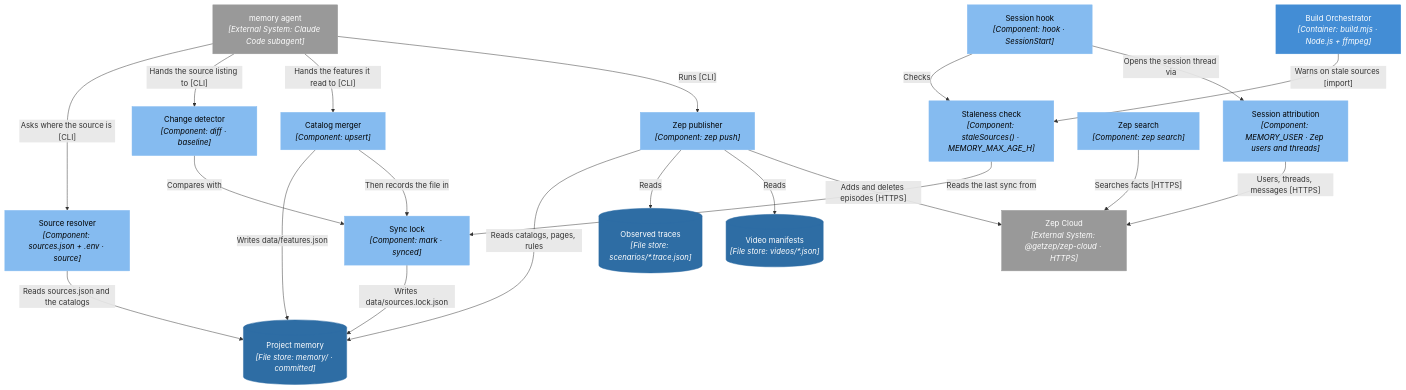
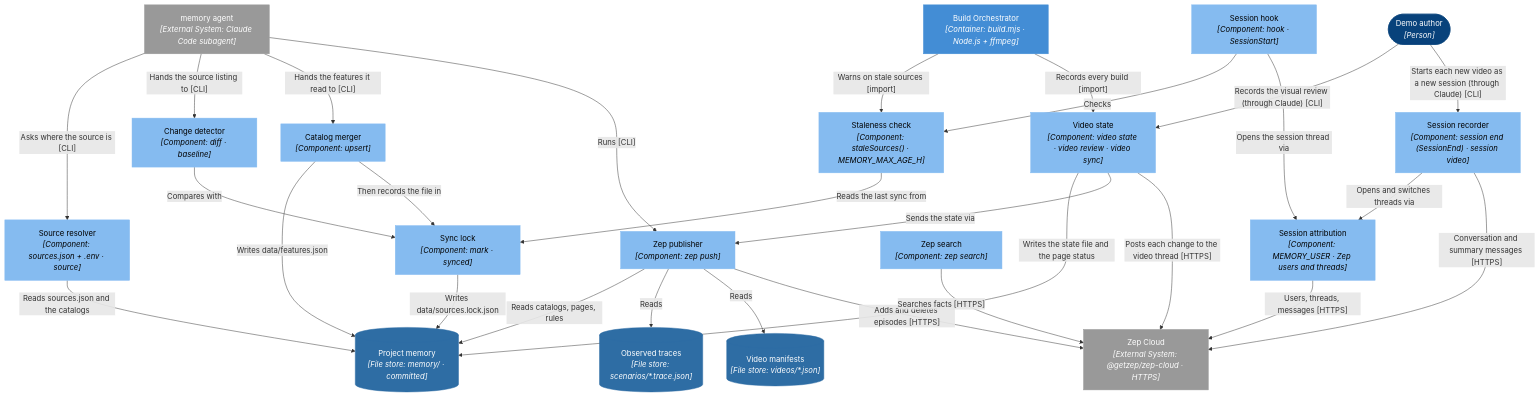
One commit to ssunduko/product-video changed diagram 14 of 14 in docs/C4.md. Above: the diagram before and after it, drawn with Mermaid. The commit also changed other lines of this file and 12 other files, not shown here.

First line of the commit message:
Session summaries, a Zep session per video, and a state record per video

````diff
--- a/docs/C4.md
+++ b/docs/C4.md
@@ -977,47 +984,59 @@
 ```mermaid
 flowchart TD
   n9["memory agent<br/><i>[External System: Claude Code subagent]</i>"]
-  n126["Source resolver<br/><i>[Component: sources.json + .env · source]</i>"]
-  n127["Change detector<br/><i>[Component: diff · baseline]</i>"]
-  n128["Catalog merger<br/><i>[Component: upsert]</i>"]
-  n129["Sync lock<br/><i>[Component: mark · synced]</i>"]
-  n130["Staleness check<br/><i>[Component: staleSources() · MEMORY_MAX_AGE_H]</i>"]
-  n131["Session hook<br/><i>[Component: hook · SessionStart]</i>"]
-  n132["Session attribution<br/><i>[Component: MEMORY_USER · Zep users and threads]</i>"]
-  n133["Zep publisher<br/><i>[Component: zep push]</i>"]
-  n134["Zep search<br/><i>[Component: zep search]</i>"]
+  n0(["Demo author<br/><i>[Person]</i>"])
+  n127["Source resolver<br/><i>[Component: sources.json + .env · source]</i>"]
+  n128["Change detector<br/><i>[Component: diff · baseline]</i>"]
+  n129["Catalog merger<br/><i>[Component: upsert]</i>"]
+  n130["Sync lock<br/><i>[Component: mark · synced]</i>"]
+  n131["Staleness check<br/><i>[Component: staleSources() · MEMORY_MAX_AGE_H]</i>"]
+  n132["Session hook<br/><i>[Component: hook · SessionStart]</i>"]
+  n133["Session attribution<br/><i>[Component: MEMORY_USER · Zep users and threads]</i>"]
+  n134["Zep publisher<br/><i>[Component: zep push]</i>"]
+  n135["Zep search<br/><i>[Component: zep search]</i>"]
+  n136["Session recorder<br/><i>[Component: session end (SessionEnd) · session video]</i>"]
+  n137["Video state<br/><i>[Component: video state · video review · video sync]</i>"]
   n33[("Project memory<br/><i>[File store: memory/ · committed]</i>")]
   n13[("Observed traces<br/><i>[File store: scenarios/*.trace.json]</i>")]
   n30[("Video manifests<br/><i>[File store: videos/*.json]</i>")]
   n29["Build Orchestrator<br/><i>[Container: build.mjs · Node.js + ffmpeg]</i>"]
   n11["Zep Cloud<br/><i>[External System: @getzep/zep-cloud · HTTPS]</i>"]
-  n9 -->|"Asks where the source is [CLI]"| n126
-  n9 -->|"Hands the source listing to [CLI]"| n127
-  n9 -->|"Hands the features it read to [CLI]"| n128
-  n9 -->|"Runs [CLI]"| n133
-  n126 -->|"Reads sources.json and the catalogs"| n33
-  n127 -->|"Compares with"| n129
-  n128 -->|"Writes data/features.json"| n33
-  n128 -->|"Then records the file in"| n129
-  n129 -->|"Writes data/sources.lock.json"| n33
-  n130 -->|"Reads the last sync from"| n129
-  n29 -->|"Warns on stale sources [import]"| n130
-  n131 -->|"Checks"| n130
-  n131 -->|"Opens the session thread via"| n132
-  n132 -->|"Users, threads, messages [HTTPS]"| n11
-  n133 -->|"Reads catalogs, pages, rules"| n33
-  n133 -->|"Reads"| n13
-  n133 -->|"Reads"| n30
-  n133 -->|"Adds and deletes episodes [HTTPS]"| n11
-  n134 -->|"Searches facts [HTTPS]"| n11
+  n9 -->|"Asks where the source is [CLI]"| n127
+  n9 -->|"Hands the source listing to [CLI]"| n128
+  n9 -->|"Hands the features it read to [CLI]"| n129
+  n9 -->|"Runs [CLI]"| n134
+  n127 -->|"Reads sources.json and the catalogs"| n33
+  n128 -->|"Compares with"| n130
+  n129 -->|"Writes data/features.json"| n33
+  n129 -->|"Then records the file in"| n130
+  n130 -->|"Writes data/sources.lock.json"| n33
+  n131 -->|"Reads the last sync from"| n130
+  n29 -->|"Warns on stale sources [import]"| n131
+  n132 -->|"Checks"| n131
+  n132 -->|"Opens the session thread via"| n133
+  n133 -->|"Users, threads, messages [HTTPS]"| n11
+  n136 -->|"Opens and switches threads via"| n133
+  n136 -->|"Conversation and summary messages [HTTPS]"| n11
+  n29 -->|"Records every build [import]"| n137
+  n0 -->|"Records the visual review (through Claude) [CLI]"| n137
+  n137 -->|"Writes the state file and the page status"| n33
+  n137 -->|"Sends the state via"| n134
+  n137 -->|"Posts each change to the video thread [HTTPS]"| n11
+  n0 -->|"Starts each new video as a new session (through Claude) [CLI]"| n136
+  n134 -->|"Reads catalogs, pages, rules"| n33
+  n134 -->|"Reads"| n13
+  n134 -->|"Reads"| n30
+  n134 -->|"Adds and deletes episodes [HTTPS]"| n11
+  n135 -->|"Searches facts [HTTPS]"| n11
   classDef person fill:#08427b,stroke:#08427b,color:#ffffff;
   classDef system fill:#1168bd,stroke:#1168bd,color:#ffffff;
   classDef external fill:#999999,stroke:#999999,color:#ffffff;
   classDef container fill:#438dd5,stroke:#438dd5,color:#ffffff;
   classDef store fill:#2e6da4,stroke:#2e6da4,color:#ffffff;
   classDef component fill:#85bbf0,stroke:#85bbf0,color:#000000;
+  class n0 person;
   class n9,n11 external;
   class n29 container;
   class n33,n13,n30 store;
-  class n126,n127,n128,n129,n130,n131,n132,n133,n134 component;
+  class n127,n128,n129,n130,n131,n132,n133,n134,n135,n136,n137 component;
 ```
````
